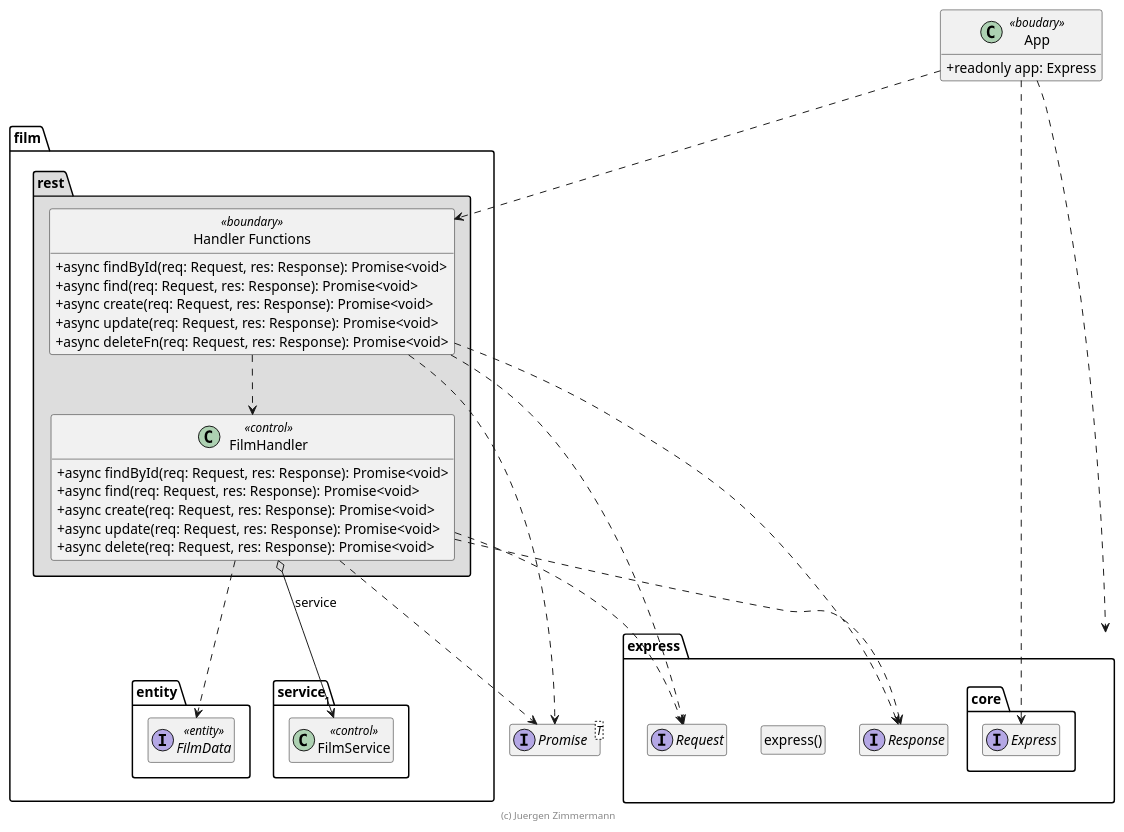
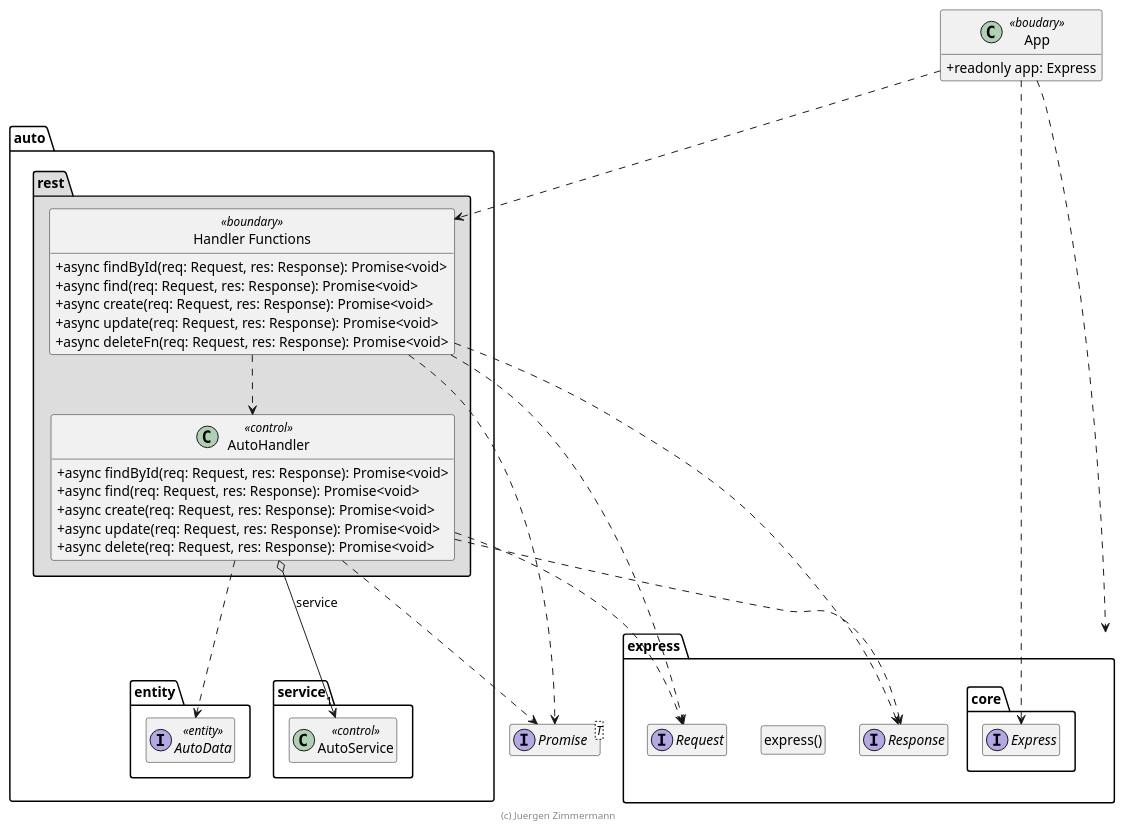
One commit to marcelmaerdian/SWE-SS21 changed the diagram in doc/entwicklerhandbuch/AutoHandler.puml. Above: the diagram before and after it, drawn with PlantUML. The commit also changed 5 other files, not shown here.

```diff
--- a/doc/entwicklerhandbuch/AutoHandler.puml
+++ b/doc/entwicklerhandbuch/AutoHandler.puml
@@ -15,75 +15,75 @@
 @startuml Handler-Funktionen und Handler-Klasse
 
 !pragma useNewPackage
 skinparam classAttributeIconSize 0
 skinparam componentStyle uml2
 
 interface Promise<T>
 
 package express {
   package core {
     interface Express
   }
 
   class "express()" as express
   hide express circle
 
   interface Request
   interface Response
 }
 
 class App <<boudary>> {
   + readonly app: Express
 }
 App ..> Express
 App ..> express
 
-package film {
+package auto {
   package entity {
-    interface FilmData <<entity>> {
+    interface AutoData <<entity>> {
     }
   }
 
   package service {
-    class FilmService << control >> {
+    class AutoService << control >> {
     }
   }
 
   package rest #DDDDDD {
     "Handler Functions" .right.> Request
     "Handler Functions" ..> Response
     "Handler Functions" ..> Promise
-    "Handler Functions" ..> FilmHandler
+    "Handler Functions" ..> AutoHandler
 
-    FilmHandler o--> "1" FilmService : service
-    FilmHandler .right.> Request
-    FilmHandler ..> Response
-    FilmHandler ..> FilmData
-    FilmHandler ..> Promise
+    AutoHandler o--> "1" AutoService : service
+    AutoHandler .right.> Request
+    AutoHandler ..> Response
+    AutoHandler ..> AutoData
+    AutoHandler ..> Promise
 
     class "Handler Functions" << boundary >> {
       + async findById(req: Request, res: Response): Promise<void>
       + async find(req: Request, res: Response): Promise<void>
       + async create(req: Request, res: Response): Promise<void>
       + async update(req: Request, res: Response): Promise<void>
       + async deleteFn(req: Request, res: Response): Promise<void>
     }
     hide "Handler Functions" << boundary >> circle
 
-    class FilmHandler << control >> {
+    class AutoHandler << control >> {
       + async findById(req: Request, res: Response): Promise<void>
       + async find(req: Request, res: Response): Promise<void>
       + async create(req: Request, res: Response): Promise<void>
       + async update(req: Request, res: Response): Promise<void>
       + async delete(req: Request, res: Response): Promise<void>
     }
   }
 }
 
 App ..> "Handler Functions"
 
 hide empty members
 
 footer (c) Juergen Zimmermann
 
 @enduml
```
